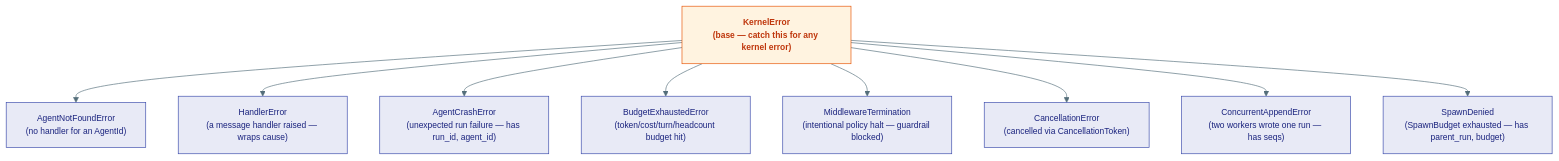
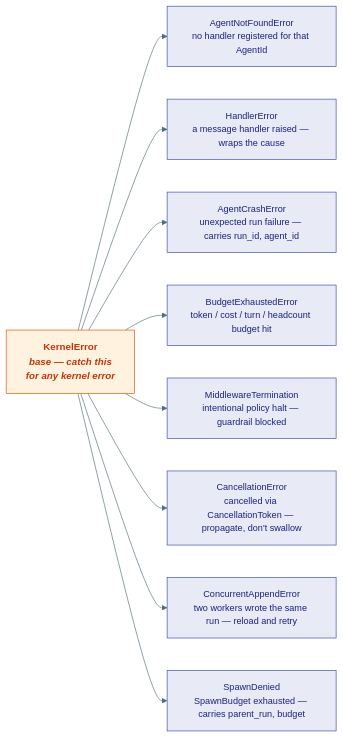
One commit to Ravikumarchavva/agent-substrate changed the fourth of 4 diagrams in agents/agent-substrate/docs/kernel/01-core.md. Above: the diagram before and after it, drawn with Mermaid. The commit also changed other lines of this file and 13 other files, not shown here.

Commit message:
style: enhance diagram aesthetics with color coding and improve Mermaid integration

````diff
--- a/agents/agent-substrate/docs/kernel/01-core.md
+++ b/agents/agent-substrate/docs/kernel/01-core.md
@@ -400,16 +403,17 @@
 ```mermaid
-%%{init: {'theme': 'base', 'themeVariables': {'primaryColor': '#E8EAF6','primaryTextColor': '#1A237E','primaryBorderColor': '#3949AB','lineColor': '#546E7A','fontSize': '13px'}}}%%
-flowchart TB
-    classDef base    fill:#FFF3E0,stroke:#E65100,color:#BF360C,font-weight:bold
-    classDef err     fill:#E8EAF6,stroke:#3949AB,color:#1A237E
+%%{init: {'theme': 'base', 'themeVariables': {'primaryColor': '#E8EAF6','primaryTextColor': '#1A237E','primaryBorderColor': '#3949AB','lineColor': '#546E7A','fontSize': '14px'}}}%%
+flowchart LR
+    classDef base fill:#FFF3E0,stroke:#E65100,color:#BF360C,font-weight:bold,font-size:15px
+    classDef err  fill:#E8EAF6,stroke:#3949AB,color:#1A237E
 
-    KE["KernelError<br/>(base — catch this for any kernel error)"]:::base
-    KE --> ANF["AgentNotFoundError<br/>(no handler for an AgentId)"]:::err
-    KE --> HE["HandlerError<br/>(a message handler raised — wraps cause)"]:::err
-    KE --> ACE["AgentCrashError<br/>(unexpected run failure — has run_id, agent_id)"]:::err
-    KE --> BEE["BudgetExhaustedError<br/>(token/cost/turn/headcount budget hit)"]:::err
-    KE --> MT["MiddlewareTermination<br/>(intentional policy halt — guardrail blocked)"]:::err
-    KE --> CE["CancellationError<br/>(cancelled via CancellationToken)"]:::err
-    KE --> CAE["ConcurrentAppendError<br/>(two workers wrote one run — has seqs)"]:::err
-    KE --> SD["SpawnDenied<br/>(SpawnBudget exhausted — has parent_run, budget)"]:::err
+    KE["KernelError<br/><i>base — catch this<br/>for any kernel error</i>"]:::base
+
+    KE --> ANF["AgentNotFoundError<br/>no handler registered for that AgentId"]:::err
+    KE --> HE["HandlerError<br/>a message handler raised — wraps the cause"]:::err
+    KE --> ACE["AgentCrashError<br/>unexpected run failure — carries run_id, agent_id"]:::err
+    KE --> BEE["BudgetExhaustedError<br/>token / cost / turn / headcount budget hit"]:::err
+    KE --> MT["MiddlewareTermination<br/>intentional policy halt — guardrail blocked"]:::err
+    KE --> CE["CancellationError<br/>cancelled via CancellationToken — propagate, don't swallow"]:::err
+    KE --> CAE["ConcurrentAppendError<br/>two workers wrote the same run — reload and retry"]:::err
+    KE --> SD["SpawnDenied<br/>SpawnBudget exhausted — carries parent_run, budget"]:::err
 ```
````
